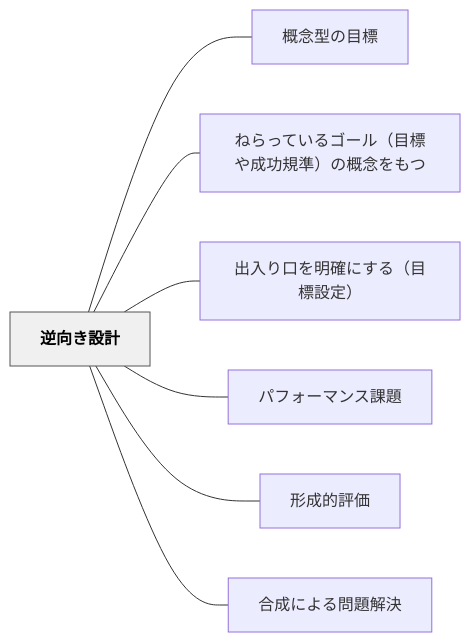
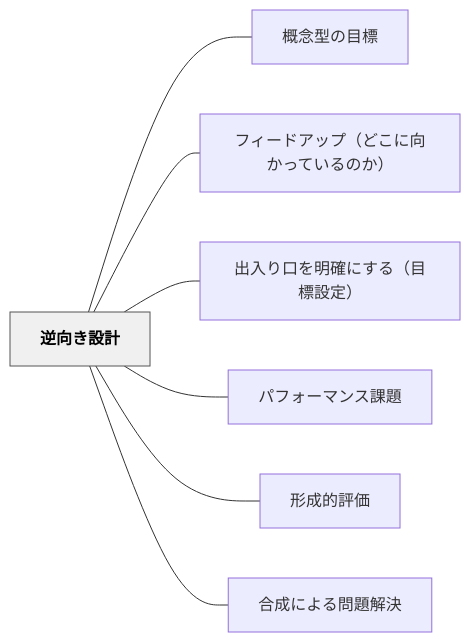
The diagram in content/パタン/逆向き設計.md (unknownthings-ed-patterns/unknownthings-ed-patterns), drawn with Mermaid before and after one commit. The commit also changed other lines of this file and 5 other files, not shown here.

````diff
--- a/content/パタン/逆向き設計.md
+++ b/content/パタン/逆向き設計.md
@@ -104,20 +104,20 @@
 ```mermaid
 flowchart LR
     ne98086e59091e3818de8a8ade8a888["逆向き設計"]
     ne6a682e5bfb5e59e8be381aee79baee6a899["概念型の目標"]
-    ne381ade38289e381a3e381a6e38184e3828be382b4e383bce383abefbc88e79baee6a899e38284e68890e58a9fe8a68fe6ba96efbc89e381aee6a682e5bfb5e38292e38282e381a4["ねらっているゴール（目標や成功規準）の概念をもつ"]
+    ne38395e382a3e383bce38389e382a2e38383e38397efbc88e381a9e38193e381abe59091e3818be381a3e381a6e38184e3828be381aee3818befbc89["フィードアップ（どこに向かっているのか）"]
     ne587bae585a5e3828ae58fa3e38292e6988ee7a2bae381abe38199e3828befbc88e79baee6a899e8a8ade5ae9aefbc89["出入り口を明確にする（目標設定）"]
     ne38391e38395e382a9e383bce3839ee383b3e382b9e8aab2e9a18c["パフォーマンス課題"]
     ne5bda2e68890e79a84e8a995e4bea1["形成的評価"]
     ne59088e68890e381abe38288e3828be5958fe9a18ce8a7a3e6b1ba["合成による問題解決"]
 
     ne98086e59091e3818de8a8ade8a888 --- ne6a682e5bfb5e59e8be381aee79baee6a899
-    ne98086e59091e3818de8a8ade8a888 --- ne381ade38289e381a3e381a6e38184e3828be382b4e383bce383abefbc88e79baee6a899e38284e68890e58a9fe8a68fe6ba96efbc89e381aee6a682e5bfb5e38292e38282e381a4
+    ne98086e59091e3818de8a8ade8a888 --- ne38395e382a3e383bce38389e382a2e38383e38397efbc88e381a9e38193e381abe59091e3818be381a3e381a6e38184e3828be381aee3818befbc89
     ne98086e59091e3818de8a8ade8a888 --- ne587bae585a5e3828ae58fa3e38292e6988ee7a2bae381abe38199e3828befbc88e79baee6a899e8a8ade5ae9aefbc89
     ne98086e59091e3818de8a8ade8a888 --- ne38391e38395e382a9e383bce3839ee383b3e382b9e8aab2e9a18c
     ne98086e59091e3818de8a8ade8a888 --- ne5bda2e68890e79a84e8a995e4bea1
     ne98086e59091e3818de8a8ade8a888 --- ne59088e68890e381abe38288e3828be5958fe9a18ce8a7a3e6b1ba
 
     classDef hub fill:#f0f0f0,stroke:#555,color:#000,font-weight:bold
     class ne98086e59091e3818de8a8ade8a888 hub
 ```
````
